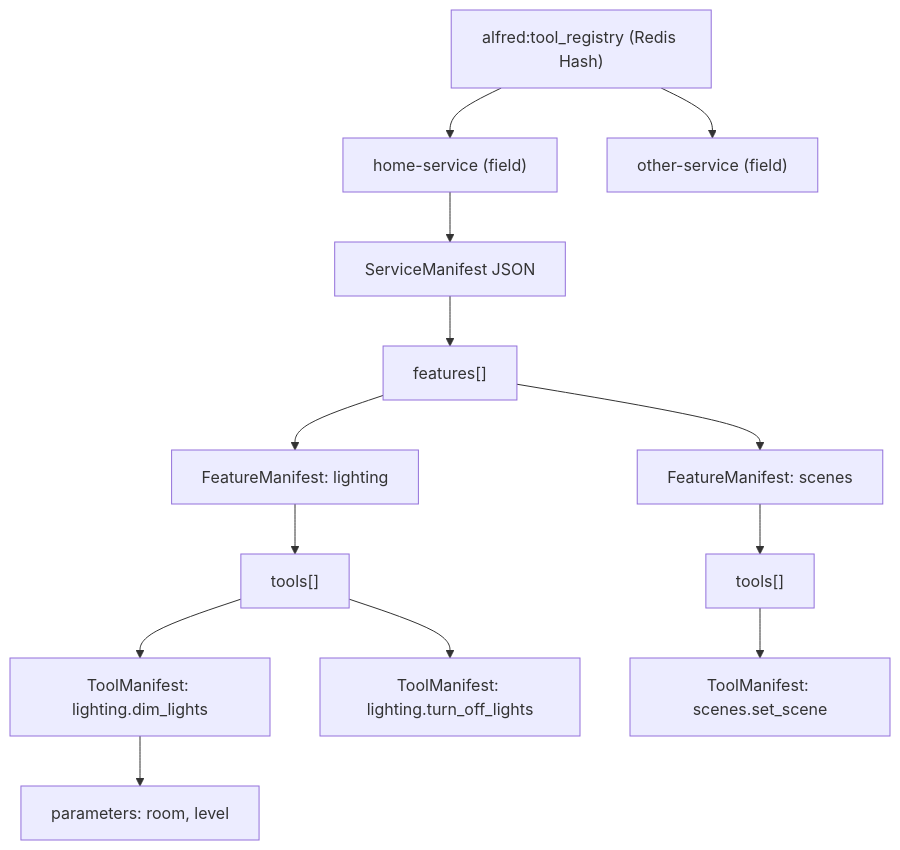
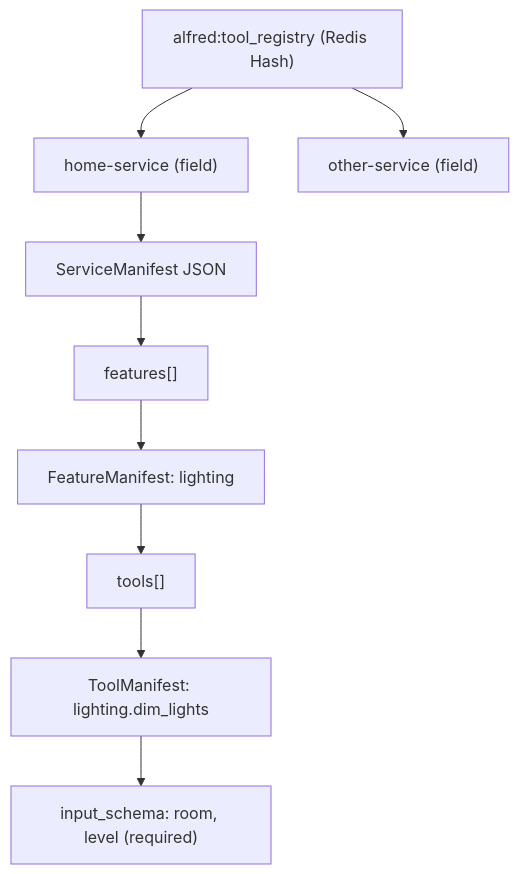
One commit to anirudhlath/alfred changed the first of 4 diagrams in docs/sdk.md. Above: the diagram before and after it, drawn with Mermaid. The commit also changed other lines of this file and 15 other files, not shown here.

First line of the commit message:
feat(sdk): one JSON Schema per tool, with required parameters (#329)

````diff
--- a/docs/sdk.md
+++ b/docs/sdk.md
@@ -287,15 +297,11 @@
 ```mermaid
 graph TD
     A["alfred:tool_registry (Redis Hash)"] --> B["home-service (field)"]
     A --> C["other-service (field)"]
     B --> D["ServiceManifest JSON"]
     D --> E["features[]"]
     E --> F["FeatureManifest: lighting"]
-    E --> G["FeatureManifest: scenes"]
     F --> H["tools[]"]
     H --> I["ToolManifest: lighting.dim_lights"]
-    H --> J["ToolManifest: lighting.turn_off_lights"]
-    I --> K["parameters: room, level"]
-    G --> L["tools[]"]
-    L --> M["ToolManifest: scenes.set_scene"]
+    I --> K["input_schema: room, level (required)"]
 ```
````
